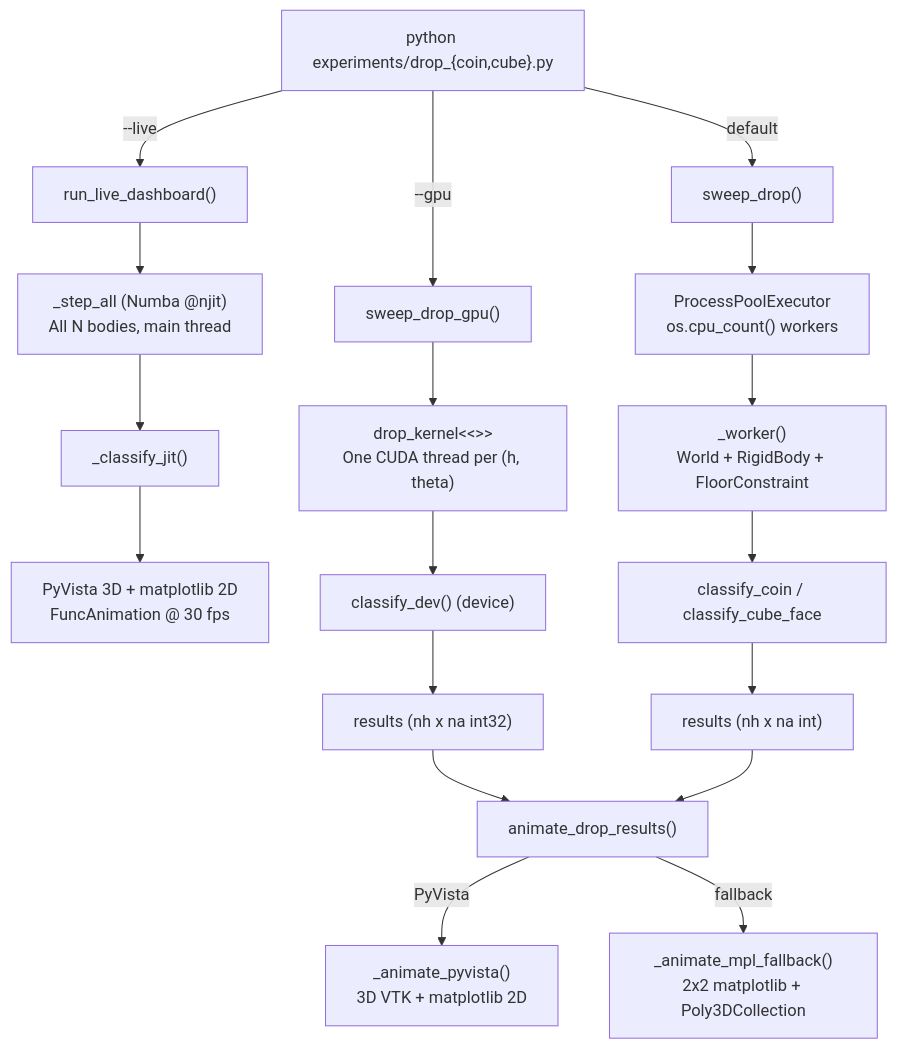
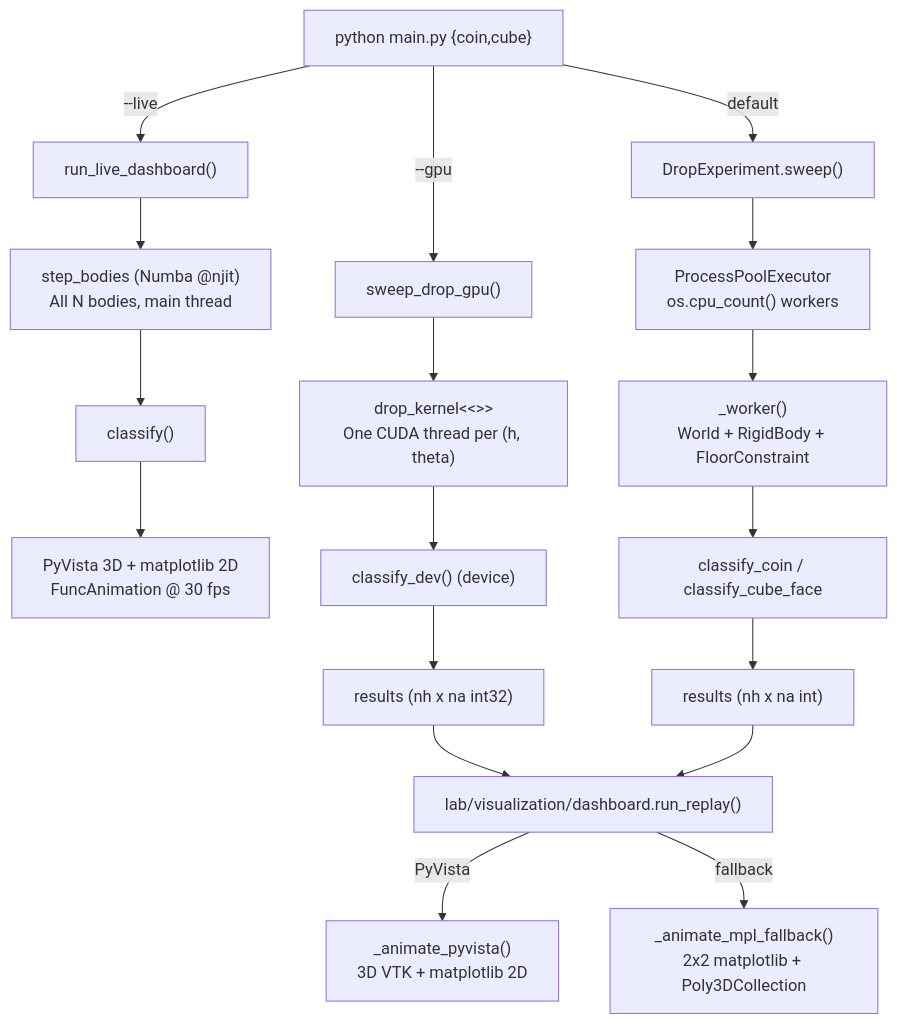
Before and after one commit to welt00n/lab: the first of 2 diagrams in docs/drop_experiment.md, drawn with Mermaid. The commit also changed other lines of this file and 91 other files, not shown here.

First line of the commit message:
Restructure into experiment framework with centralized physics, generic visualization, video export, and comprehensive tests

````diff
--- a/docs/drop_experiment.md
+++ b/docs/drop_experiment.md
@@ -199,25 +199,25 @@
 ```mermaid
 flowchart TD
-    CLI["python experiments/drop_{coin,cube}.py"]
+    CLI["python main.py {coin,cube}"]
     CLI -->|"--live"| LIVE["run_live_dashboard()"]
     CLI -->|"--gpu"| GPU["sweep_drop_gpu()"]
-    CLI -->|default| CPU["sweep_drop()"]
+    CLI -->|default| CPU["DropExperiment.sweep()"]
 
-    LIVE --> JIT["_step_all  (Numba @njit)\nAll N bodies, main thread"]
-    JIT --> CLASSIFY_JIT["_classify_jit()"]
+    LIVE --> JIT["step_bodies  (Numba @njit)\nAll N bodies, main thread"]
+    JIT --> CLASSIFY_JIT["classify()"]
     CLASSIFY_JIT --> VIS_LIVE["PyVista 3D + matplotlib 2D\nFuncAnimation @ 30 fps"]
 
     GPU --> KERNEL["drop_kernel<<<blocks, threads>>>\nOne CUDA thread per (h, theta)"]
     KERNEL --> CLASSIFY_GPU["classify_dev()  (device)"]
     CLASSIFY_GPU --> RESULT_GPU["results  (nh x na int32)"]
-    RESULT_GPU --> VIEWER["animate_drop_results()"]
+    RESULT_GPU --> VIEWER["lab/visualization/dashboard.run_replay()"]
 
     CPU --> POOL["ProcessPoolExecutor\nos.cpu_count() workers"]
     POOL --> WORKER["_worker()\nWorld + RigidBody + FloorConstraint"]
     WORKER --> CLASSIFY_CPU["classify_coin / classify_cube_face"]
     CLASSIFY_CPU --> RESULT_CPU["results  (nh x na int)"]
     RESULT_CPU --> VIEWER
 
     VIEWER -->|PyVista| PV_REPLAY["_animate_pyvista()\n3D VTK + matplotlib 2D"]
     VIEWER -->|fallback| MPL_REPLAY["_animate_mpl_fallback()\n2x2 matplotlib + Poly3DCollection"]
 ```
````
